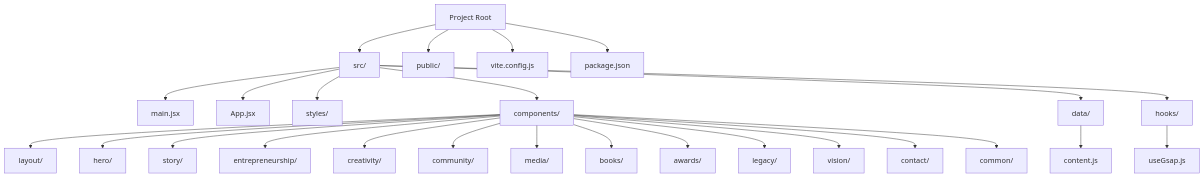
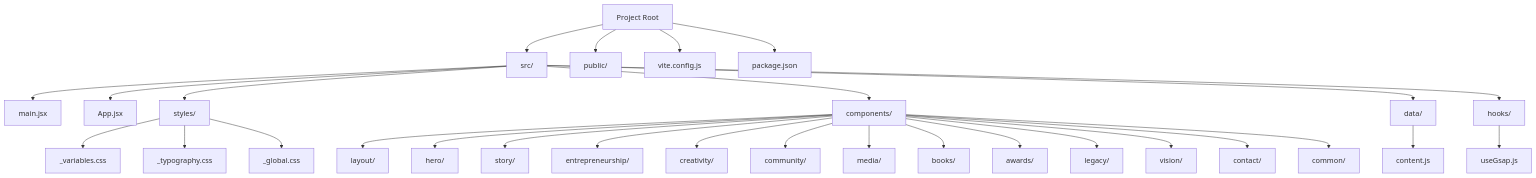
The first of 2 diagrams in .qoder/repowiki/en/content/Frontend Components.md (rakeshmaity271/frankie-picasso), drawn with Mermaid before and after one commit. The commit also changed other lines of this file and 23 other files, not shown here.

````diff
--- a/.qoder/repowiki/en/content/Frontend Components.md
+++ b/.qoder/repowiki/en/content/Frontend Components.md
@@ -60,28 +67,31 @@
 ```mermaid
 graph TB
 Root["Project Root"] --> Src["src/"]
 Root --> Public["public/"]
 Root --> Config["vite.config.js"]
 Root --> Package["package.json"]
 Src --> Main["main.jsx"]
 Src --> App["App.jsx"]
 Src --> Styles["styles/"]
 Src --> Components["components/"]
 Src --> Data["data/"]
 Src --> Hooks["hooks/"]
 Components --> Layout["layout/"]
 Components --> Hero["hero/"]
 Components --> Story["story/"]
 Components --> Entrepreneurship["entrepreneurship/"]
 Components --> Creativity["creativity/"]
 Components --> Community["community/"]
 Components --> Media["media/"]
 Components --> Books["books/"]
 Components --> Awards["awards/"]
 Components --> Legacy["legacy/"]
 Components --> Vision["vision/"]
 Components --> Contact["contact/"]
 Components --> Common["common/"]
 Data --> Content["content.js"]
 Hooks --> GSAP["useGsap.js"]
+Styles --> Variables["_variables.css"]
+Styles --> Typography["_typography.css"]
+Styles --> Global["_global.css"]
 ```
````
